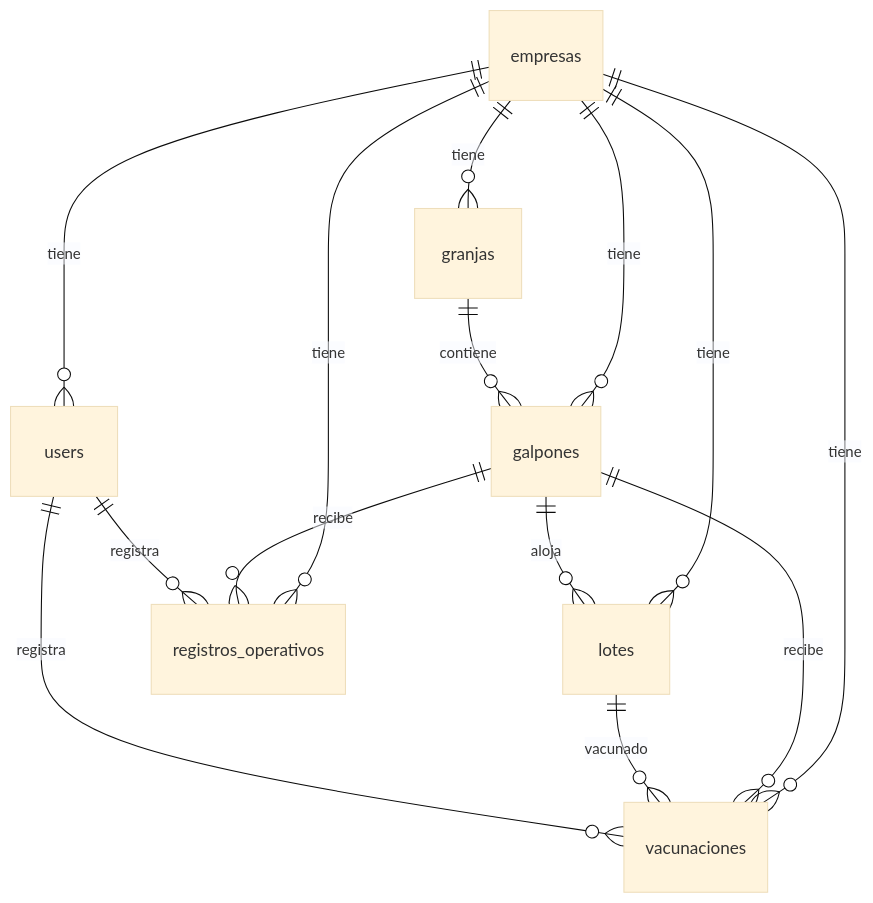
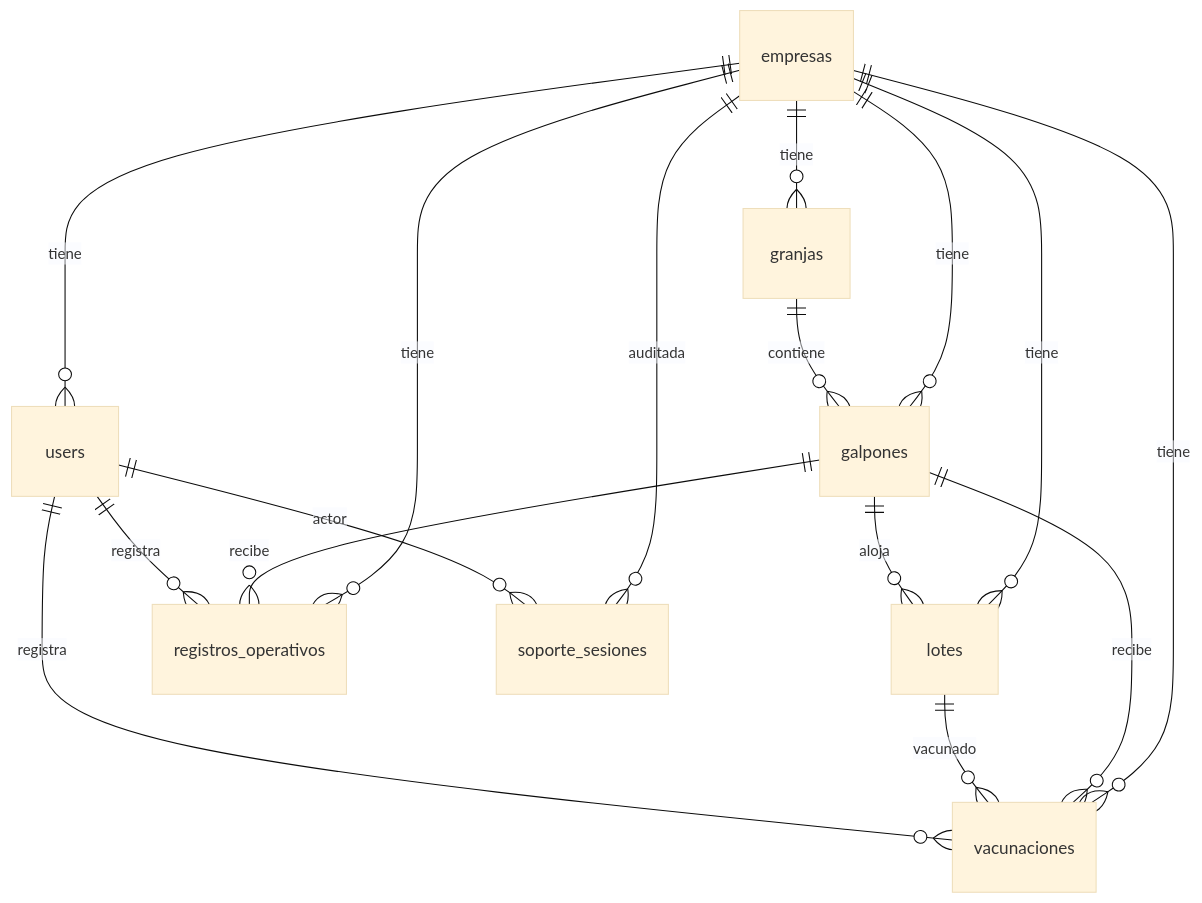
The diagram in .cursor/skills/avicore-modelo-datos/references/esquema-bd.md (MarioB235/avi-core), drawn with Mermaid (base theme) before and after one commit. The commit also changed other lines of this file and 117 other files, not shown here.

First line of the commit message:
﻿feat(empresa): m?dulo empresas, soporte auditado y estructura EMP/EST

````diff
--- a/.cursor/skills/avicore-modelo-datos/references/esquema-bd.md
+++ b/.cursor/skills/avicore-modelo-datos/references/esquema-bd.md
@@ -16,16 +16,18 @@
 ```mermaid
 erDiagram
     empresas ||--o{ users : tiene
     empresas ||--o{ granjas : tiene
     empresas ||--o{ galpones : tiene
     empresas ||--o{ lotes : tiene
     empresas ||--o{ registros_operativos : tiene
     empresas ||--o{ vacunaciones : tiene
+    empresas ||--o{ soporte_sesiones : auditada
+    users ||--o{ soporte_sesiones : actor
     granjas ||--o{ galpones : contiene
     galpones ||--o{ lotes : aloja
     galpones ||--o{ registros_operativos : recibe
     galpones ||--o{ vacunaciones : recibe
     lotes ||--o{ vacunaciones : vacunado
     users ||--o{ registros_operativos : registra
     users ||--o{ vacunaciones : registra
 ```
````
